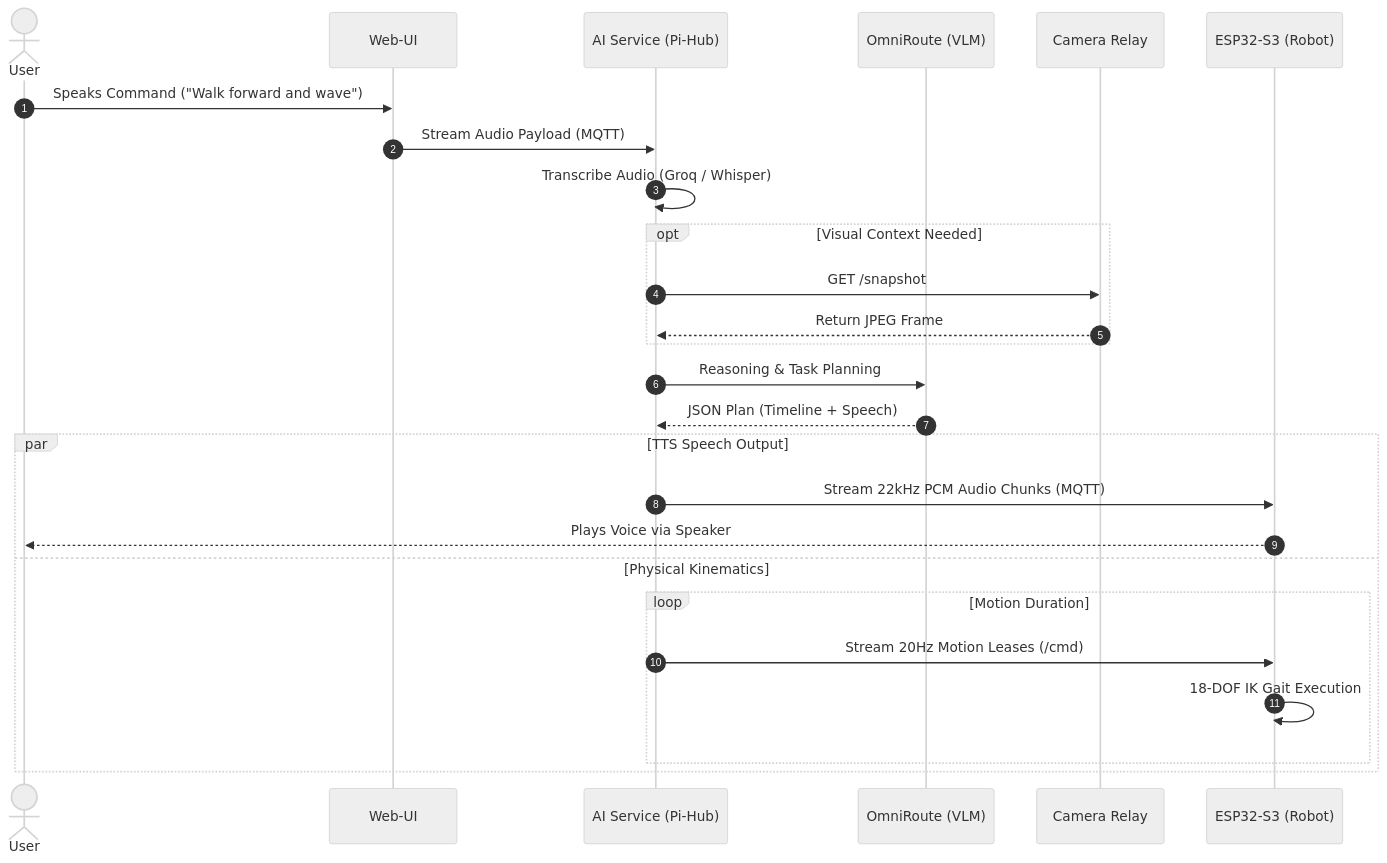
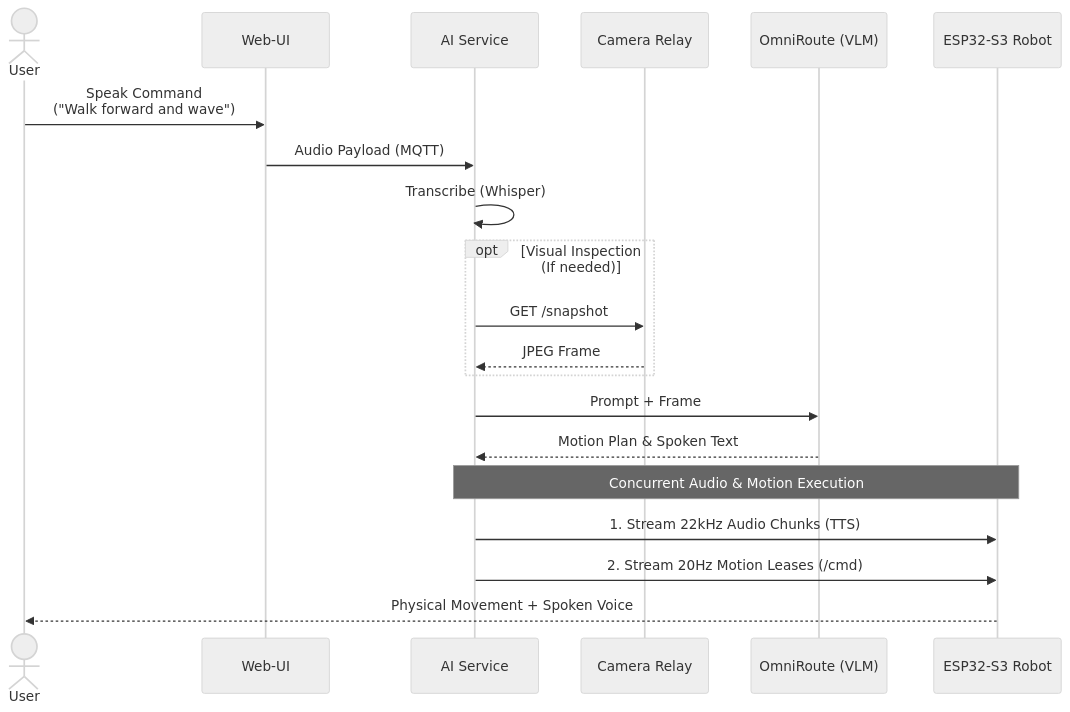
Before and after one commit to GrrGrrMan/spiderbot-pi-hub: the second of 3 diagrams in README.md, drawn with Mermaid (neutral theme). The commit also changed other lines of this file, not shown here.

Commit message:
cleaner diagram

````diff
--- a/README.md
+++ b/README.md
@@ -76,32 +76,26 @@
 ```mermaid
 sequenceDiagram
-    autonumber
     actor User
     participant UI as Web-UI
-    participant AI as AI Service (Pi-Hub)
+    participant AI as AI Service
+    participant CAM as Camera Relay
     participant LLM as OmniRoute (VLM)
-    participant CAM as Camera Relay
-    participant S3 as ESP32-S3 (Robot)
+    participant S3 as ESP32-S3 Robot
 
-    User->>UI: Speaks Command ("Walk forward and wave")
-    UI->>AI: Stream Audio Payload (MQTT)
-    AI->>AI: Transcribe Audio (Groq / Whisper)
+    User->>UI: Speak Command<br/>("Walk forward and wave")
+    UI->>AI: Audio Payload (MQTT)
+    AI->>AI: Transcribe (Whisper)
 
-    opt Visual Context Needed
+    opt Visual Inspection (If needed)
         AI->>CAM: GET /snapshot
-        CAM-->>AI: Return JPEG Frame
+        CAM-->>AI: JPEG Frame
     end
 
-    AI->>LLM: Reasoning & Task Planning
-    LLM-->>AI: JSON Plan (Timeline + Speech)
+    AI->>LLM: Prompt + Frame
+    LLM-->>AI: Motion Plan & Spoken Text
 
-    par TTS Speech Output
-        AI->>S3: Stream 22kHz PCM Audio Chunks (MQTT)
-        S3-->>User: Plays Voice via Speaker
-    and Physical Kinematics
-        loop Motion Duration
-            AI->>S3: Stream 20Hz Motion Leases (/cmd)
-            S3->>S3: 18-DOF IK Gait Execution
-        end
-    end
+    Note over AI,S3: Concurrent Audio & Motion Execution
+    AI->>S3: 1. Stream 22kHz Audio Chunks (TTS)
+    AI->>S3: 2. Stream 20Hz Motion Leases (/cmd)
+    S3-->>User: Physical Movement + Spoken Voice
 ```
````
